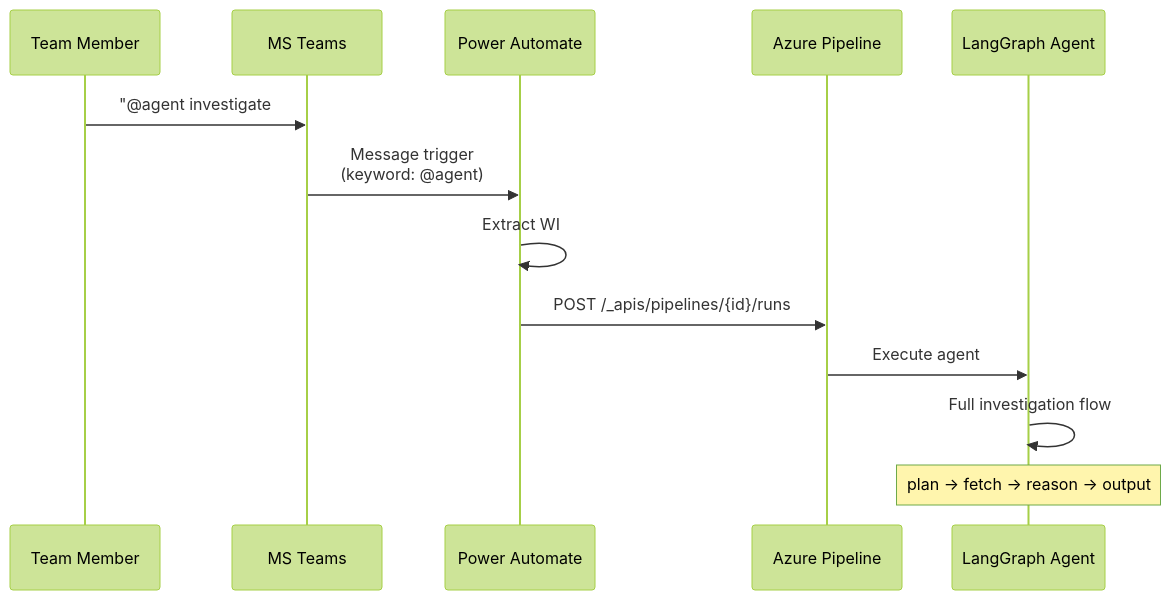
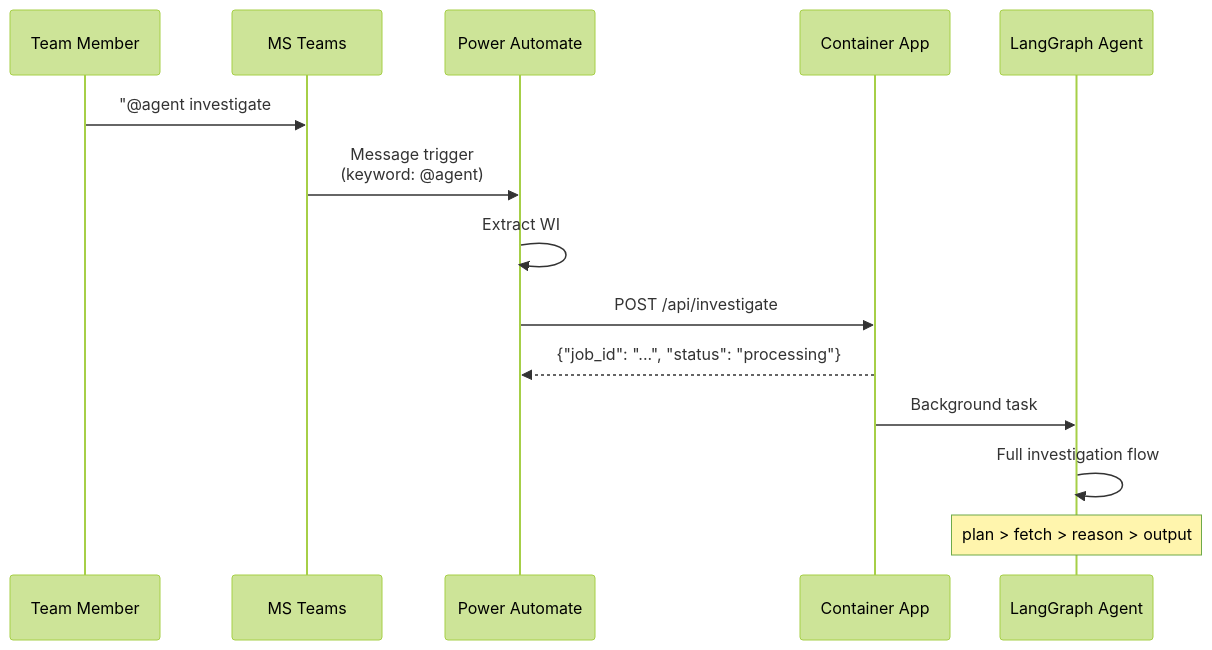
Before and after one commit to victorvos/devops_agent: the sixth of 7 diagrams in README.md, drawn with Mermaid (forest theme). The commit also changed other lines of this file and 28 other files, not shown here.

First line of the commit message:
Slim down to lightweight Container App deployment

````diff
--- a/README.md
+++ b/README.md
@@ -318,16 +298,17 @@
 ```mermaid
 sequenceDiagram
     participant User as Team Member
     participant Teams as MS Teams
     participant PA as Power Automate
-    participant Pipe as Azure Pipeline
+    participant App as Container App
     participant Agent as LangGraph Agent
 
     User->>Teams: "@agent investigate #1234<br/>focus on payment retries"
     Teams->>PA: Message trigger<br/>(keyword: @agent)
     PA->>PA: Extract WI #1234 + context
-    PA->>Pipe: POST /_apis/pipelines/{id}/runs
-    Pipe->>Agent: Execute agent
+    PA->>App: POST /api/investigate
+    App-->>PA: {"job_id": "...", "status": "processing"}
+    App->>Agent: Background task
     Agent->>Agent: Full investigation flow
-    Note over Agent: plan → fetch → reason → output
+    Note over Agent: plan > fetch > reason > output
 ```
````
